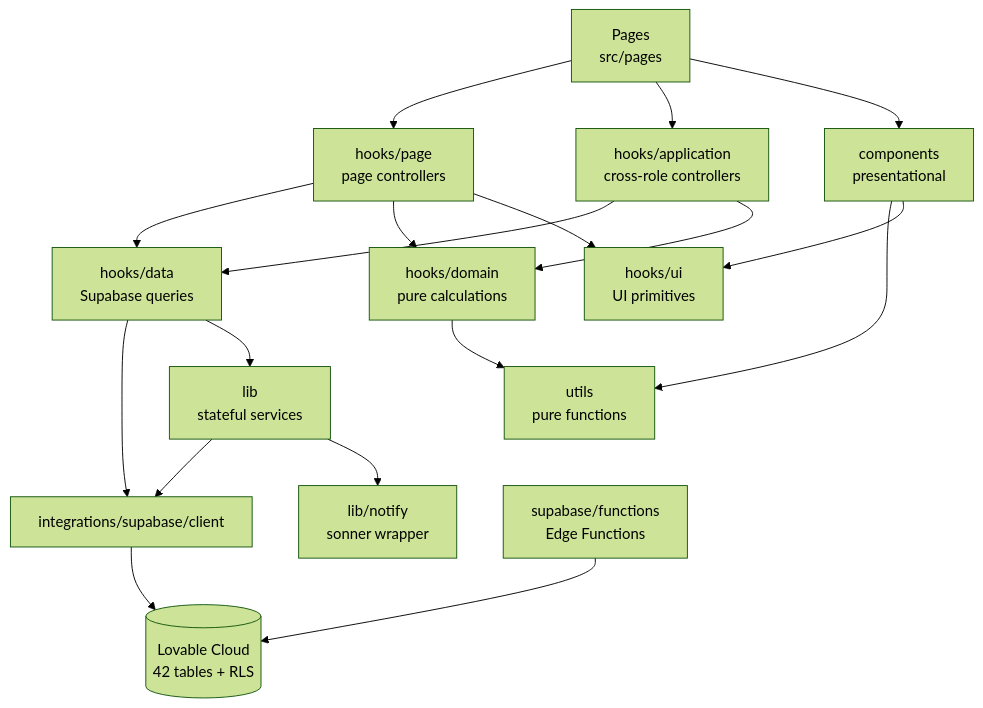
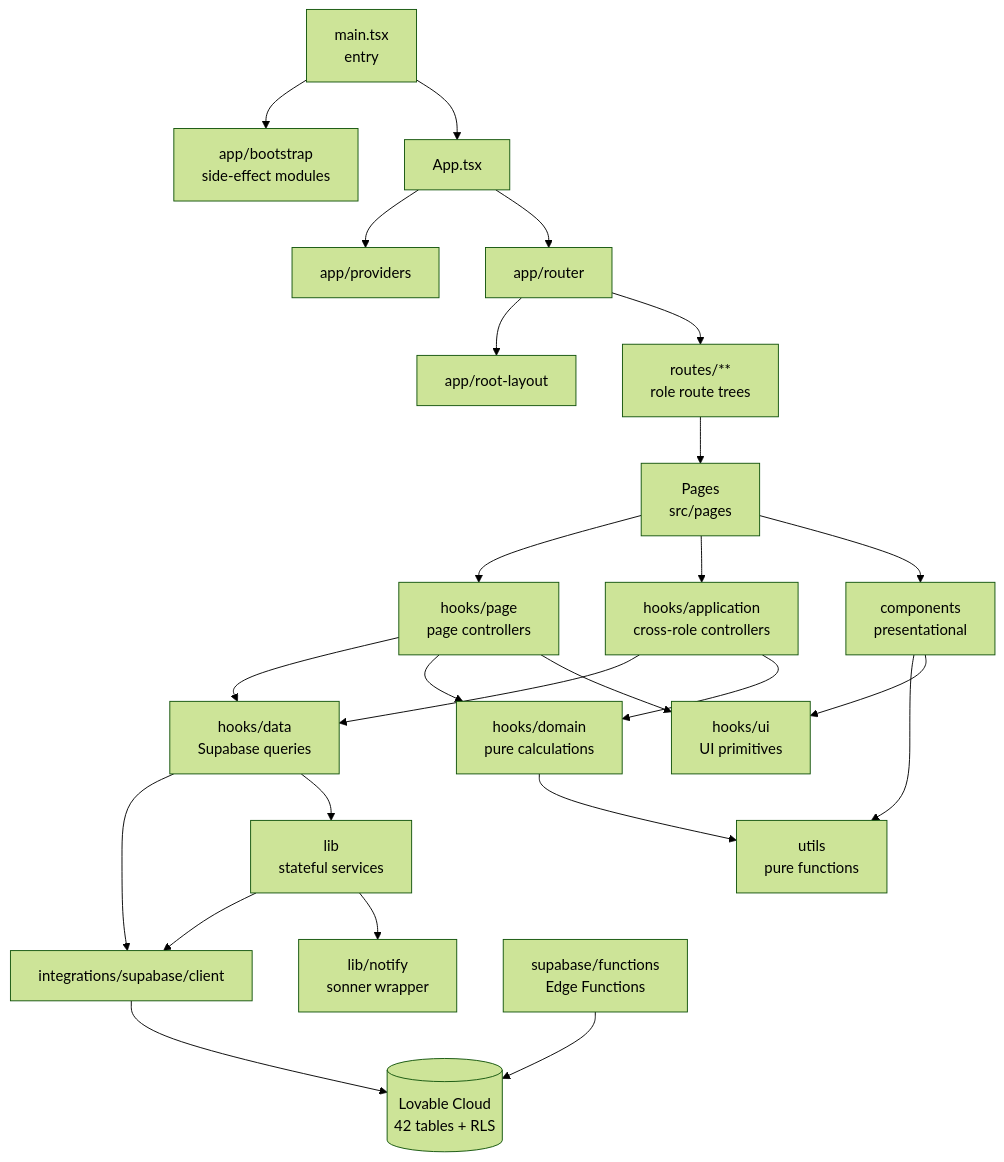
One commit to marzoouq/waqf-mr changed the diagram in audit/architecture-map.md. Above: the diagram before and after it, drawn with Mermaid (forest theme).

````diff
--- a/audit/architecture-map.md
+++ b/audit/architecture-map.md
@@ -5,20 +5,27 @@
 ```mermaid
 graph TD
-  P[Pages<br/>src/pages] --> HP[hooks/page<br/>page controllers]
+  MAIN[main.tsx<br/>entry] --> BOOT[app/bootstrap<br/>side-effect modules]
+  MAIN --> APP[App.tsx]
+  APP --> APR[app/providers]
+  APP --> ARO[app/router]
+  ARO --> RL[app/root-layout]
+  ARO --> RT[routes/**<br/>role route trees]
+  RT --> P[Pages<br/>src/pages]
+  P --> HP[hooks/page<br/>page controllers]
   P --> HA[hooks/application<br/>cross-role controllers]
   HP --> HD[hooks/data<br/>Supabase queries]
   HP --> HDom[hooks/domain<br/>pure calculations]
   HP --> HU[hooks/ui<br/>UI primitives]
   HA --> HD
   HA --> HDom
   HD --> SB[integrations/supabase/client]
   HD --> LIB[lib<br/>stateful services]
   HDom --> UT[utils<br/>pure functions]
   LIB --> SB
   LIB --> NOTIFY[lib/notify<br/>sonner wrapper]
   P --> C[components<br/>presentational]
   C --> UT
   C --> HU
   SB --> DB[(Lovable Cloud<br/>42 tables + RLS)]
   EF[supabase/functions<br/>Edge Functions] --> DB
 ```
````
